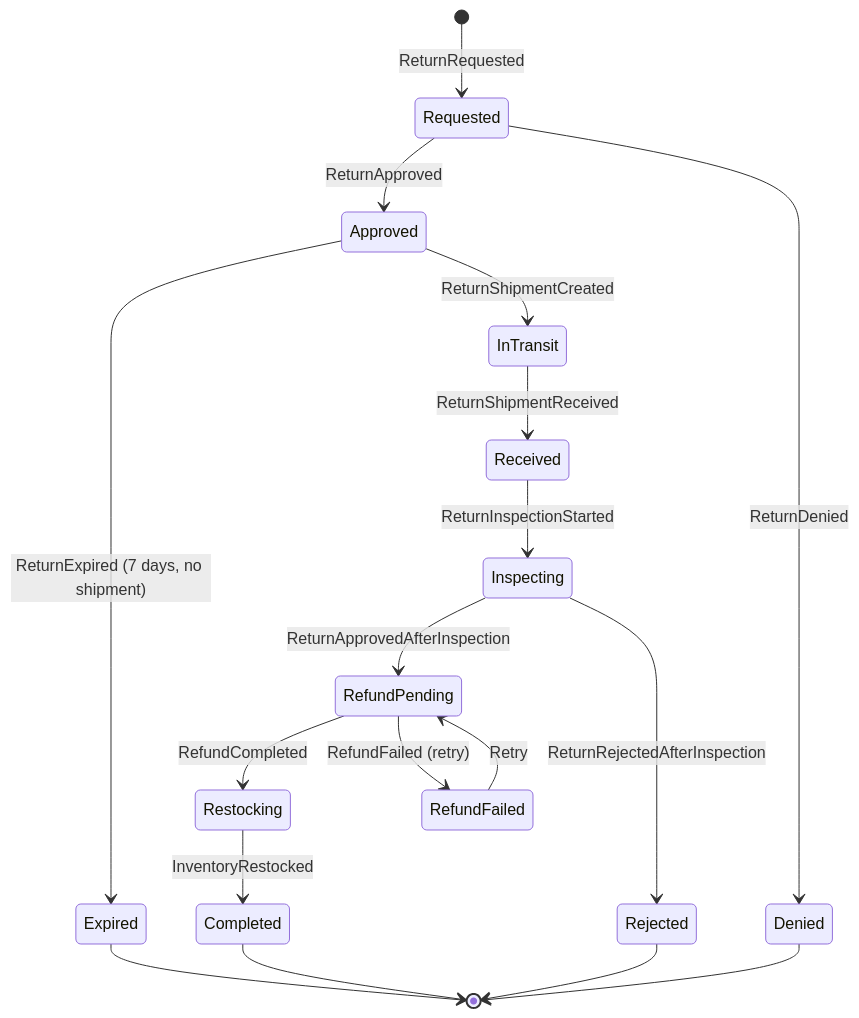
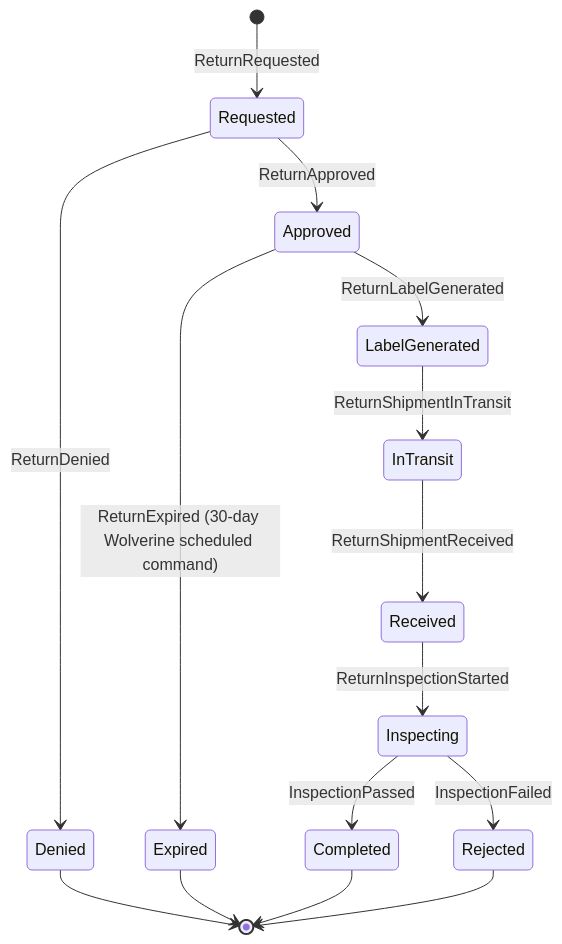
Before and after one commit to erikshafer/CritterSupply: the diagram in docs/workflows/returns-workflows.md, drawn with Mermaid. The commit also changed other lines of this file and 5 other files, not shown here.

First line of the commit message:
Returns BC: Scaffold domain specification with architect review (#168)

````diff
--- a/docs/workflows/returns-workflows.md
+++ b/docs/workflows/returns-workflows.md
@@ -460,32 +442,26 @@
 ```mermaid
 stateDiagram-v2
     [*] --> Requested: ReturnRequested
-    
+
     Requested --> Approved: ReturnApproved
     Requested --> Denied: ReturnDenied
-    
+
     Denied --> [*]
-    
-    Approved --> Expired: ReturnExpired (7 days, no shipment)
-    Approved --> InTransit: ReturnShipmentCreated
-    
+
+    Approved --> Expired: ReturnExpired (30-day Wolverine scheduled command)
+    Approved --> LabelGenerated: ReturnLabelGenerated
+
     Expired --> [*]
-    
+
+    LabelGenerated --> InTransit: ReturnShipmentInTransit
+
     InTransit --> Received: ReturnShipmentReceived
-    
+
     Received --> Inspecting: ReturnInspectionStarted
-    
-    Inspecting --> RefundPending: ReturnApprovedAfterInspection
-    Inspecting --> Rejected: ReturnRejectedAfterInspection
-    
+
+    Inspecting --> Completed: InspectionPassed
+    Inspecting --> Rejected: InspectionFailed
+
+    Completed --> [*]
     Rejected --> [*]
-    
-    RefundPending --> Restocking: RefundCompleted
-    RefundPending --> RefundFailed: RefundFailed (retry)
-    
-    RefundFailed --> RefundPending: Retry
-    
-    Restocking --> Completed: InventoryRestocked
-    
-    Completed --> [*]
 ```
````
